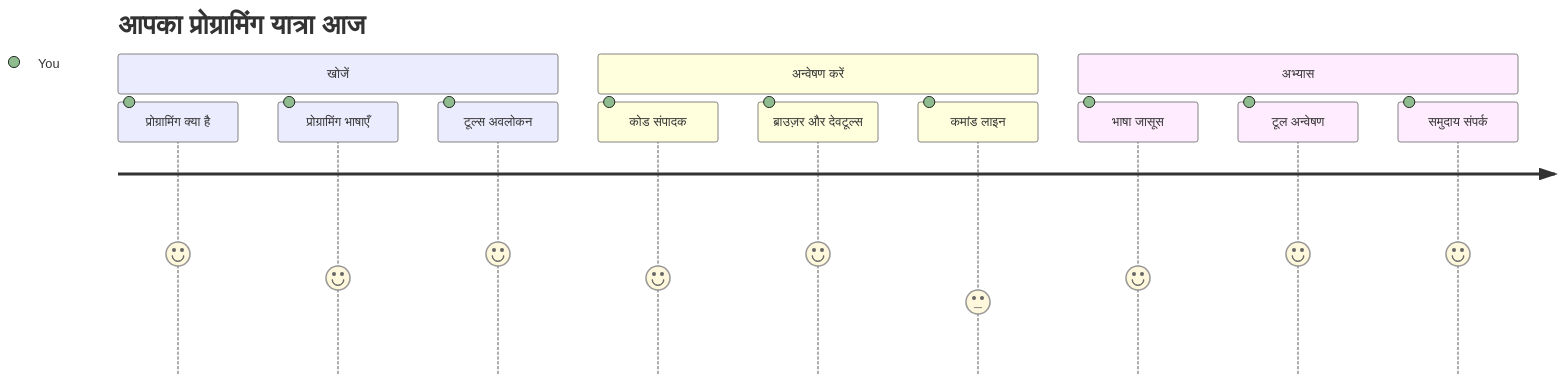
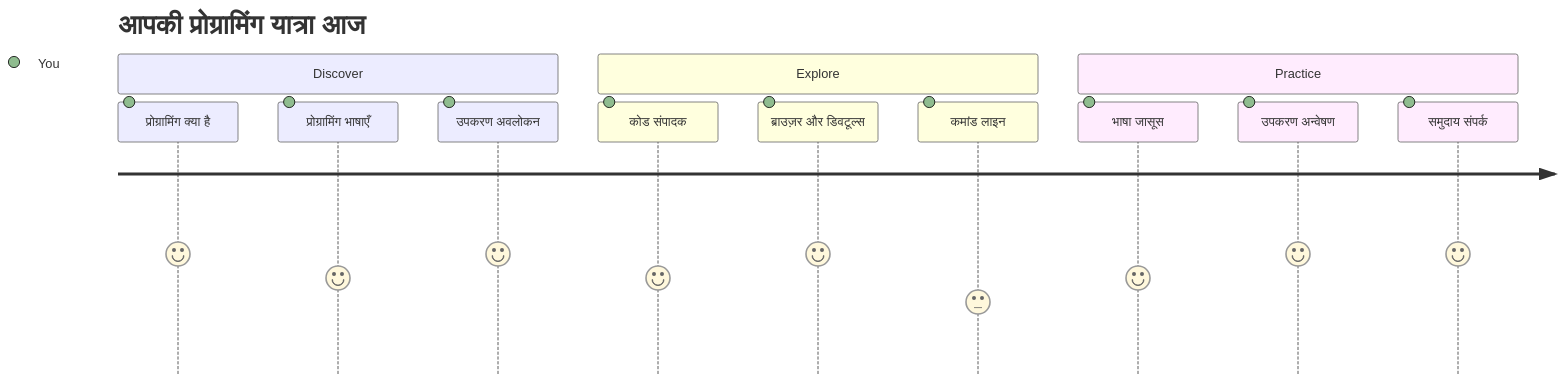
One commit to microsoft/Web-Dev-For-Beginners changed the first of 7 diagrams in translations/hi/1-getting-started-lessons/1-intro-to-programming-languages/README.md. Above: the diagram before and after it, drawn with Mermaid. The commit also changed other lines of this file and 11 other files, not shown here.

````diff
--- a/translations/hi/1-getting-started-lessons/1-intro-to-programming-languages/README.md
+++ b/translations/hi/1-getting-started-lessons/1-intro-to-programming-languages/README.md
@@ -14,16 +14,16 @@
 ```mermaid
 journey
-    title आपका प्रोग्रामिंग यात्रा आज
-    section खोजें
+    title आपकी प्रोग्रामिंग यात्रा आज
+    section Discover
       प्रोग्रामिंग क्या है: 5: You
       प्रोग्रामिंग भाषाएँ: 4: You
-      टूल्स अवलोकन: 5: You
-    section अन्वेषण करें
+      उपकरण अवलोकन: 5: You
+    section Explore
       कोड संपादक: 4: You
-      ब्राउज़र और देवटूल्स: 5: You
+      ब्राउज़र और डिवटूल्स: 5: You
       कमांड लाइन: 3: You
-    section अभ्यास
+    section Practice
       भाषा जासूस: 4: You
-      टूल अन्वेषण: 5: You
+      उपकरण अन्वेषण: 5: You
       समुदाय संपर्क: 5: You
 ```
````
